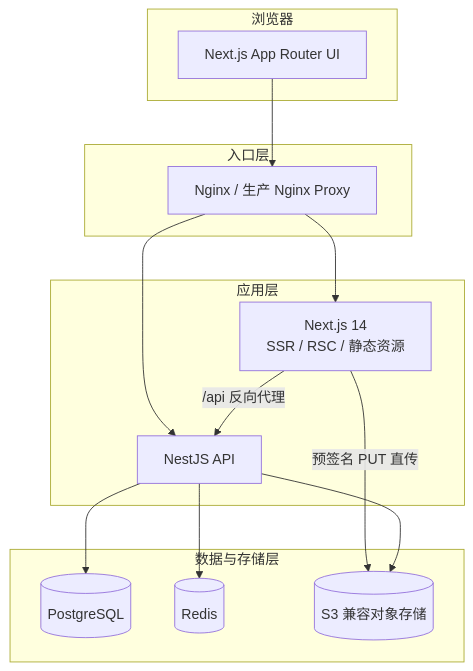
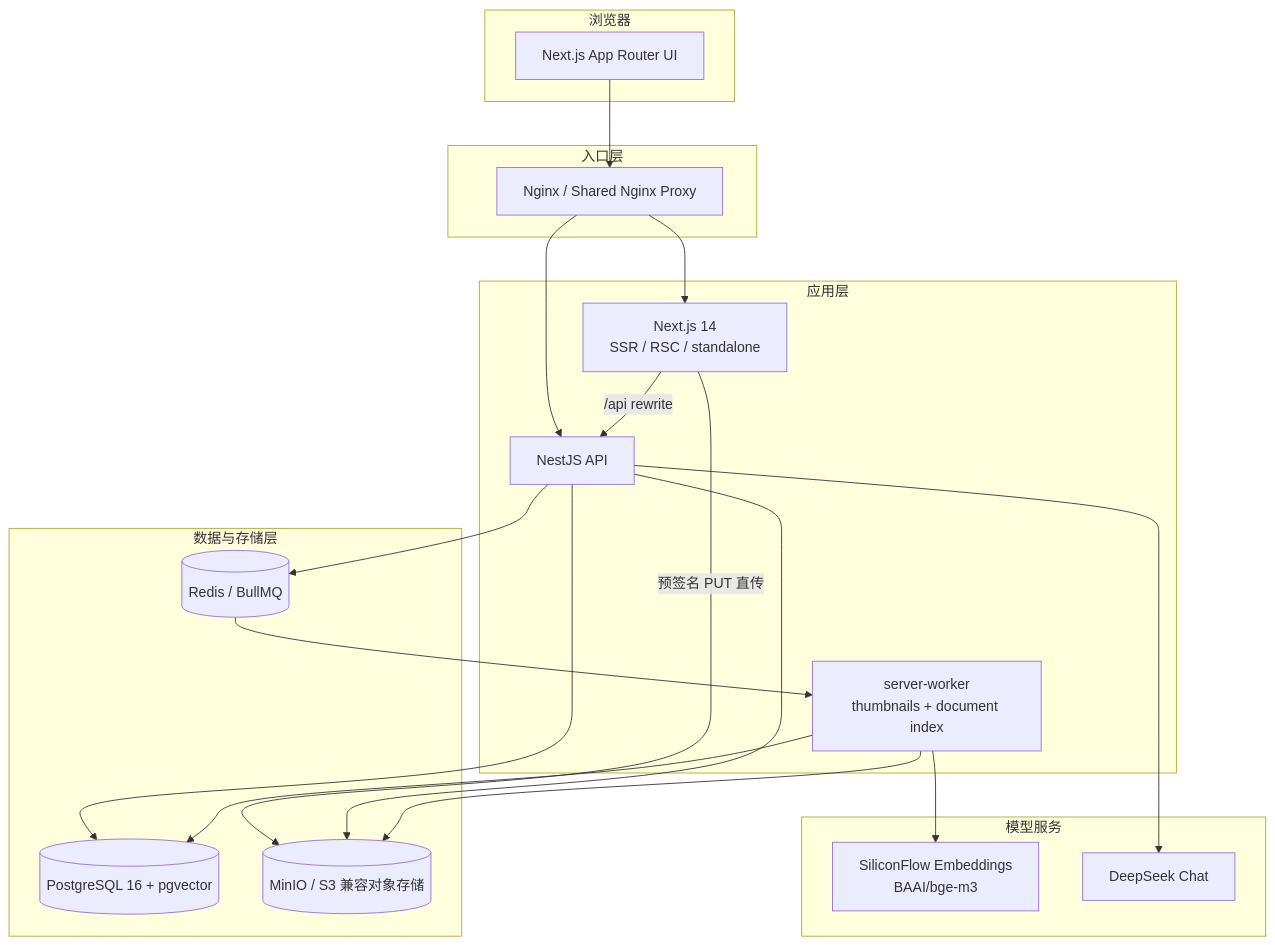
The first of 6 diagrams in docs/ARCHITECTURE.md (KeXiongpeng/CloudStore), drawn with Mermaid before and after one commit. The commit also changed other lines of this file and 4 other files, not shown here.

Commit message:
docs(deploy): add D6 architecture, runbook, and release plan

````diff
--- a/docs/ARCHITECTURE.md
+++ b/docs/ARCHITECTURE.md
@@ -5,30 +5,43 @@
 ```mermaid
 flowchart TB
   subgraph Client["浏览器"]
     UI["Next.js App Router UI"]
   end
 
   subgraph Edge["入口层"]
-    Proxy["Nginx / 生产 Nginx Proxy"]
+    Proxy["Nginx / Shared Nginx Proxy"]
   end
 
   subgraph App["应用层"]
-    Next["Next.js 14<br/>SSR / RSC / 静态资源"]
+    Next["Next.js 14<br/>SSR / RSC / standalone"]
     Nest["NestJS API"]
+    Worker["server-worker<br/>thumbnails + document index"]
   end
 
   subgraph Data["数据与存储层"]
-    PG[(PostgreSQL)]
-    Redis[(Redis)]
-    S3[(S3 兼容对象存储)]
+    PG[(PostgreSQL 16 + pgvector)]
+    Redis[(Redis / BullMQ)]
+    S3[(MinIO / S3 兼容对象存储)]
+  end
+
+  subgraph AI["模型服务"]
+    Embedding["SiliconFlow Embeddings<br/>BAAI/bge-m3"]
+    LLM["DeepSeek Chat"]
   end
 
   UI --> Proxy
   Proxy --> Next
   Proxy --> Nest
-  Next -->|"/api 反向代理"| Nest
+  Next -->|"/api rewrite"| Nest
   Next -->|"预签名 PUT 直传"| S3
+
   Nest --> PG
   Nest --> Redis
   Nest --> S3
+  Nest --> LLM
+
+  Redis --> Worker
+  Worker --> S3
+  Worker --> Embedding
+  Worker --> PG
 ```
````
